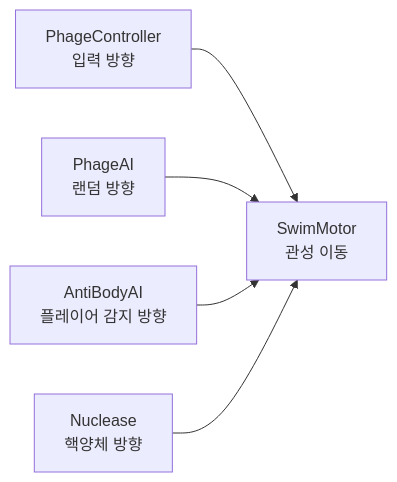
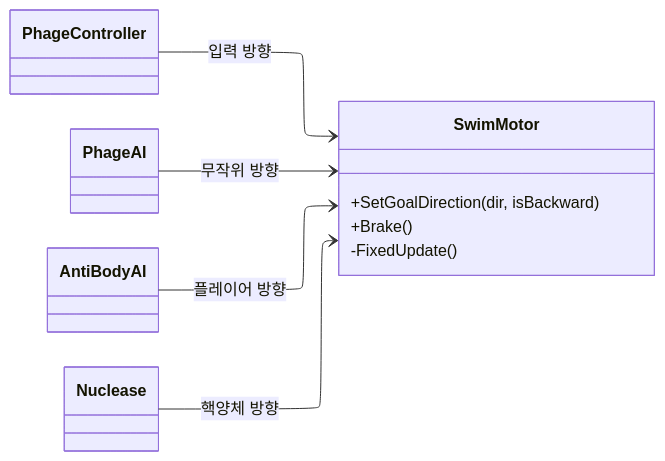
One commit to Lets-Gitit/portfolio changed the third of 8 diagrams in src/0-super-phage/기술 문서.md. Above: the diagram before and after it, drawn with Mermaid. The commit also changed other lines of this file and 1 other file, not shown here.

Commit message:
코드, 다이어그램 개선

````diff
--- a/src/0-super-phage/기술 문서.md
+++ b/src/0-super-phage/기술 문서.md
@@ -261,7 +266,17 @@
 ```mermaid
-flowchart LR
-    PC["PhageController<br/>입력 방향"] --> SM["SwimMotor<br/>관성 이동"]
-    AI["PhageAI<br/>랜덤 방향"] --> SM
-    AB["AntiBodyAI<br/>플레이어 감지 방향"] --> SM
-    N["Nuclease<br/>핵양체 방향"] --> SM
+---
+config:
+  layout: elk
+---
+classDiagram
+    direction LR
+    class SwimMotor {
+        +SetGoalDirection(dir, isBackward)
+        +Brake()
+        -FixedUpdate()
+    }
+    PhageController --> SwimMotor : 입력 방향
+    PhageAI --> SwimMotor : 무작위 방향
+    AntiBodyAI --> SwimMotor : 플레이어 방향
+    Nuclease --> SwimMotor : 핵양체 방향
 ```
````
